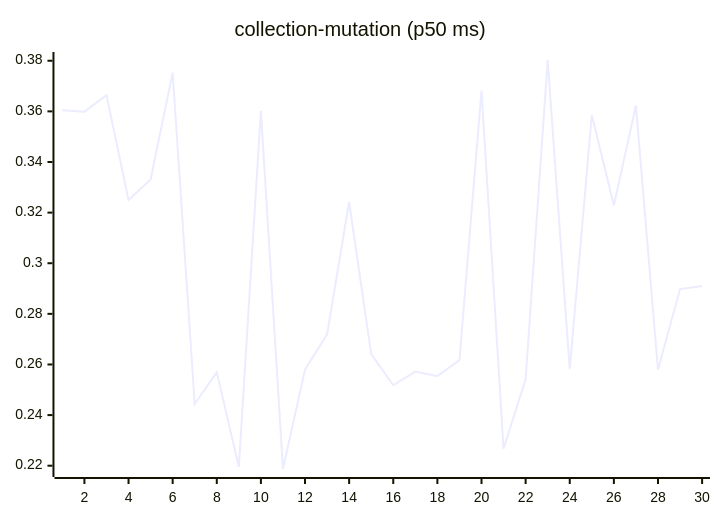
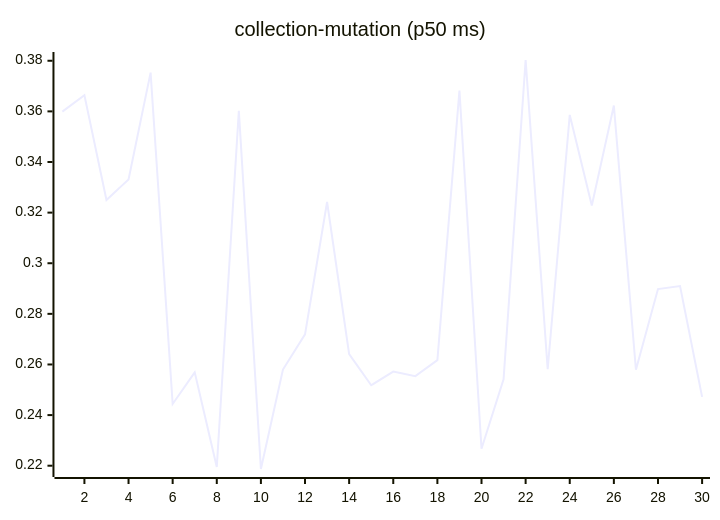
The sixth of 27 diagrams in README.md (josha/Facet), drawn with Mermaid before and after one commit. The commit also changed other lines of this file and 2 other files, not shown here.

````diff
--- a/README.md
+++ b/README.md
@@ -98,6 +98,6 @@
 ```mermaid
 xychart-beta
     title "collection-mutation (p50 ms)"
     x-axis 1 --> 30
-    line [0.3604, 0.3599, 0.3664, 0.3250, 0.3331, 0.3753, 0.2444, 0.2569, 0.2195, 0.3602, 0.2187, 0.2580, 0.2719, 0.3242, 0.2641, 0.2518, 0.2572, 0.2554, 0.2617, 0.3682, 0.2267, 0.2541, 0.3803, 0.2581, 0.3586, 0.3228, 0.3623, 0.2579, 0.2898, 0.2910]
+    line [0.3599, 0.3664, 0.3250, 0.3331, 0.3753, 0.2444, 0.2569, 0.2195, 0.3602, 0.2187, 0.2580, 0.2719, 0.3242, 0.2641, 0.2518, 0.2572, 0.2554, 0.2617, 0.3682, 0.2267, 0.2541, 0.3803, 0.2581, 0.3586, 0.3228, 0.3623, 0.2579, 0.2898, 0.2910, 0.2472]
 ```
````
